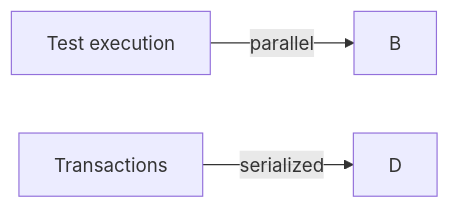
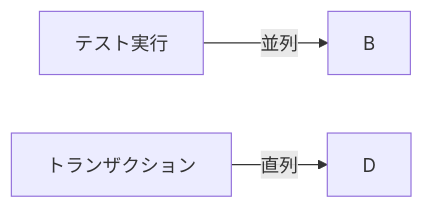
One commit to Tomy-ch/go-boilerplate changed the sixth of 8 diagrams in internal/infrastructure/rdb/testkit/README.md. Above: the diagram before and after it, drawn with Mermaid. The commit also changed other lines of this file and 970 other files, not shown here.

````diff
--- a/internal/infrastructure/rdb/testkit/README.md
+++ b/internal/infrastructure/rdb/testkit/README.md
@@ -192,5 +193,5 @@
 ```mermaid
 flowchart LR
-    A[Test execution] -->|parallel| B
-    C[Transactions] -->|serialized| D
+    A[テスト実行] -->|並列| B
+    C[トランザクション] -->|直列| D
 ```
````
